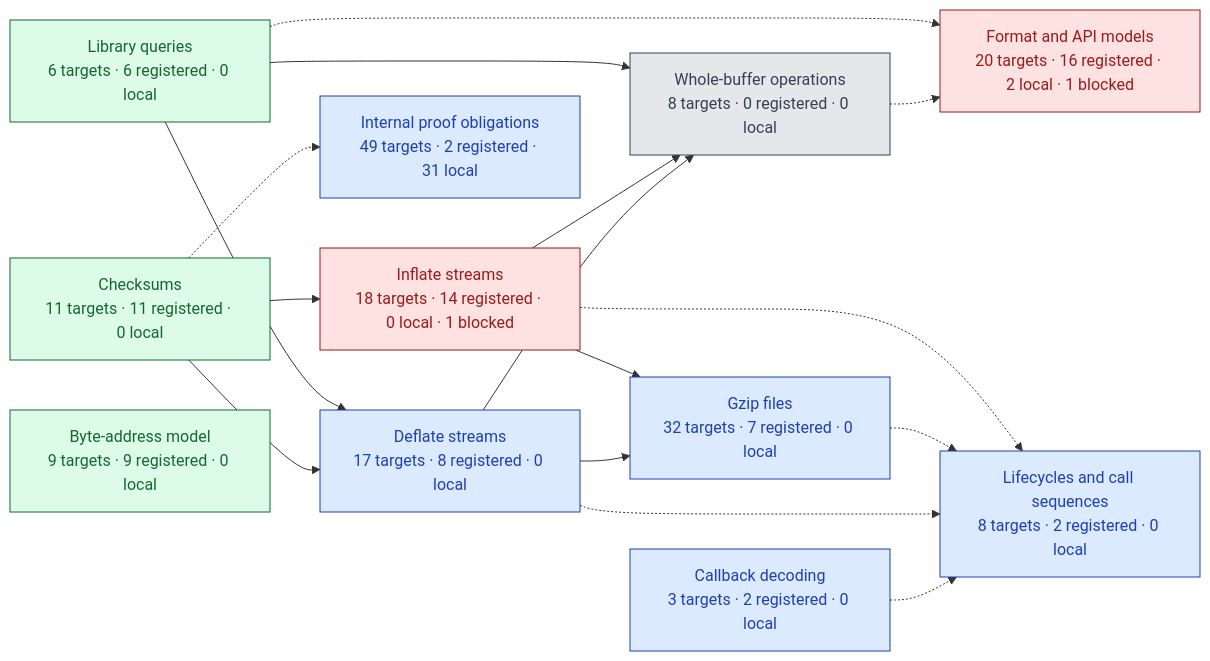
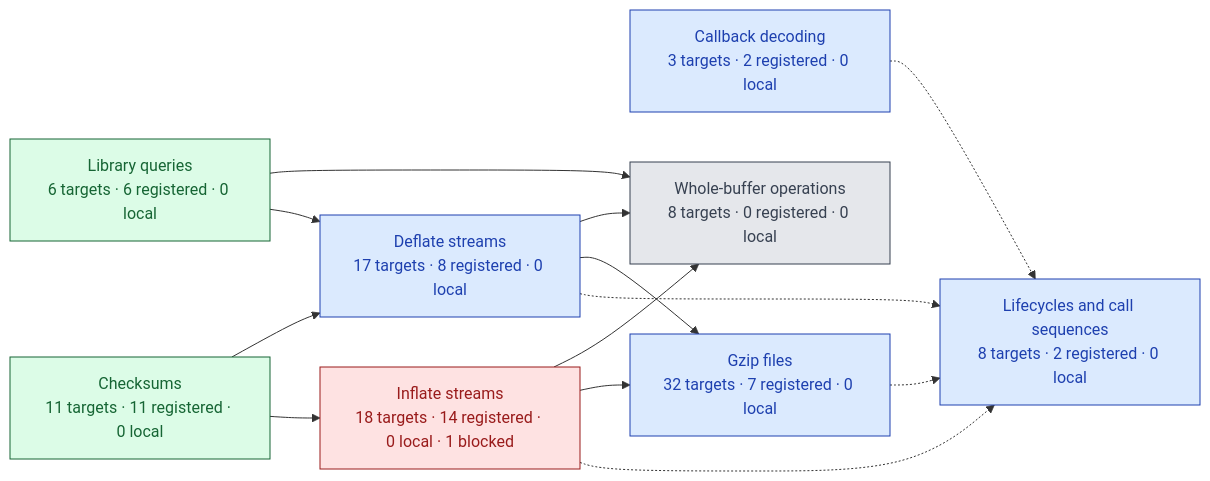
The diagram in docs/overview.md (cla7aye15I4nd/zlib-f), drawn with Mermaid before and after one commit. The commit also changed other lines of this file and 7 other files, not shown here.

First line of the commit message:
Separate public API targets from supporting proof views

````diff
--- a/docs/overview.md
+++ b/docs/overview.md
@@ -35,44 +37,35 @@
 ```mermaid
 flowchart LR
   queries["Library queries<br/>6 targets · 6 registered · 0 local"]:::registered
   checksums["Checksums<br/>11 targets · 11 registered · 0 local"]:::registered
-  addresses["Byte-address model<br/>9 targets · 9 registered · 0 local"]:::registered
   inflate["Inflate streams<br/>18 targets · 14 registered · 0 local · 1 blocked"]:::blocked
   deflate["Deflate streams<br/>17 targets · 8 registered · 0 local"]:::local
   back["Callback decoding<br/>3 targets · 2 registered · 0 local"]:::local
   gzip["Gzip files<br/>32 targets · 7 registered · 0 local"]:::local
   buffers["Whole-buffer operations<br/>8 targets · 0 registered · 0 local"]:::open
-  models["Format and API models<br/>20 targets · 16 registered · 2 local · 1 blocked"]:::blocked
   lifecycle["Lifecycles and call sequences<br/>8 targets · 2 registered · 0 local"]:::local
-  internal["Internal proof obligations<br/>49 targets · 2 registered · 31 local"]:::local
   back -.-> lifecycle
-  buffers -.-> models
   checksums --> deflate
   checksums --> inflate
-  checksums -.-> internal
   deflate --> buffers
   deflate --> gzip
   deflate -.-> lifecycle
   gzip -.-> lifecycle
   inflate --> buffers
   inflate --> gzip
   inflate -.-> lifecycle
   queries --> buffers
   queries --> deflate
-  queries -.-> models
-  click queries href "https://github.com/cla7aye15I4nd/zlib-f/blob/211d239ee21162caefbf651aa597f0f595d1c374/docs/progress.md#group-queries" "Open group index or specifications" _blank
-  click checksums href "https://github.com/cla7aye15I4nd/zlib-f/blob/211d239ee21162caefbf651aa597f0f595d1c374/docs/progress.md#group-checksums" "Open group index or specifications" _blank
-  click addresses href "https://github.com/cla7aye15I4nd/zlib-f/blob/211d239ee21162caefbf651aa597f0f595d1c374/docs/progress.md#group-addresses" "Open group index or specifications" _blank
-  click inflate href "https://github.com/cla7aye15I4nd/zlib-f/blob/211d239ee21162caefbf651aa597f0f595d1c374/docs/progress.md#group-inflate" "Open group index or specifications" _blank
-  click deflate href "https://github.com/cla7aye15I4nd/zlib-f/blob/211d239ee21162caefbf651aa597f0f595d1c374/docs/progress.md#group-deflate" "Open group index or specifications" _blank
-  click back href "https://github.com/cla7aye15I4nd/zlib-f/blob/211d239ee21162caefbf651aa597f0f595d1c374/docs/progress.md#group-back" "Open group index or specifications" _blank
-  click gzip href "https://github.com/cla7aye15I4nd/zlib-f/blob/211d239ee21162caefbf651aa597f0f595d1c374/docs/progress.md#group-gzip" "Open group index or specifications" _blank
-  click buffers href "https://github.com/cla7aye15I4nd/zlib-f/blob/211d239ee21162caefbf651aa597f0f595d1c374/docs/progress.md#group-buffers" "Open group index or specifications" _blank
-  click models href "https://github.com/cla7aye15I4nd/zlib-f/blob/211d239ee21162caefbf651aa597f0f595d1c374/docs/progress.md#group-models" "Open group index or specifications" _blank
-  click lifecycle href "https://github.com/cla7aye15I4nd/zlib-f/blob/211d239ee21162caefbf651aa597f0f595d1c374/docs/progress.md#group-lifecycle" "Open group index or specifications" _blank
-  click internal href "https://github.com/cla7aye15I4nd/zlib-f/blob/211d239ee21162caefbf651aa597f0f595d1c374/docs/progress.md#group-internal" "Open group index or specifications" _blank
+  click queries href "https://github.com/cla7aye15I4nd/zlib-f/tree/211d239ee21162caefbf651aa597f0f595d1c374/ZlibF/Spec/Public" "Open specifications" _blank
+  click checksums href "https://github.com/cla7aye15I4nd/zlib-f/blob/211d239ee21162caefbf651aa597f0f595d1c374/ZlibF/Spec/Public/Checksums.lean" "Open specifications" _blank
+  click inflate href "https://github.com/cla7aye15I4nd/zlib-f/tree/211d239ee21162caefbf651aa597f0f595d1c374/ZlibF/Spec/Public" "Open specifications" _blank
+  click deflate href "https://github.com/cla7aye15I4nd/zlib-f/tree/211d239ee21162caefbf651aa597f0f595d1c374/ZlibF/Spec/Public" "Open specifications" _blank
+  click back href "https://github.com/cla7aye15I4nd/zlib-f/blob/211d239ee21162caefbf651aa597f0f595d1c374/ZlibF/Spec/Public/Back.lean" "Open specifications" _blank
+  click gzip href "https://github.com/cla7aye15I4nd/zlib-f/tree/211d239ee21162caefbf651aa597f0f595d1c374/ZlibF/Spec/Public" "Open specifications" _blank
+  click buffers href "https://github.com/cla7aye15I4nd/zlib-f/blob/211d239ee21162caefbf651aa597f0f595d1c374/ZlibF/Spec/Public/Utilities.lean" "Open specifications" _blank
+  click lifecycle href "https://github.com/cla7aye15I4nd/zlib-f/tree/211d239ee21162caefbf651aa597f0f595d1c374/ZlibF/Spec/Public" "Open specifications" _blank
   classDef registered fill:#dcfce7,color:#166534,stroke:#166534
   classDef local fill:#dbeafe,color:#1e40af,stroke:#1e40af
   classDef open fill:#e5e7eb,color:#374151,stroke:#374151
   classDef blocked fill:#fee2e2,color:#991b1b,stroke:#991b1b
 ```
````
